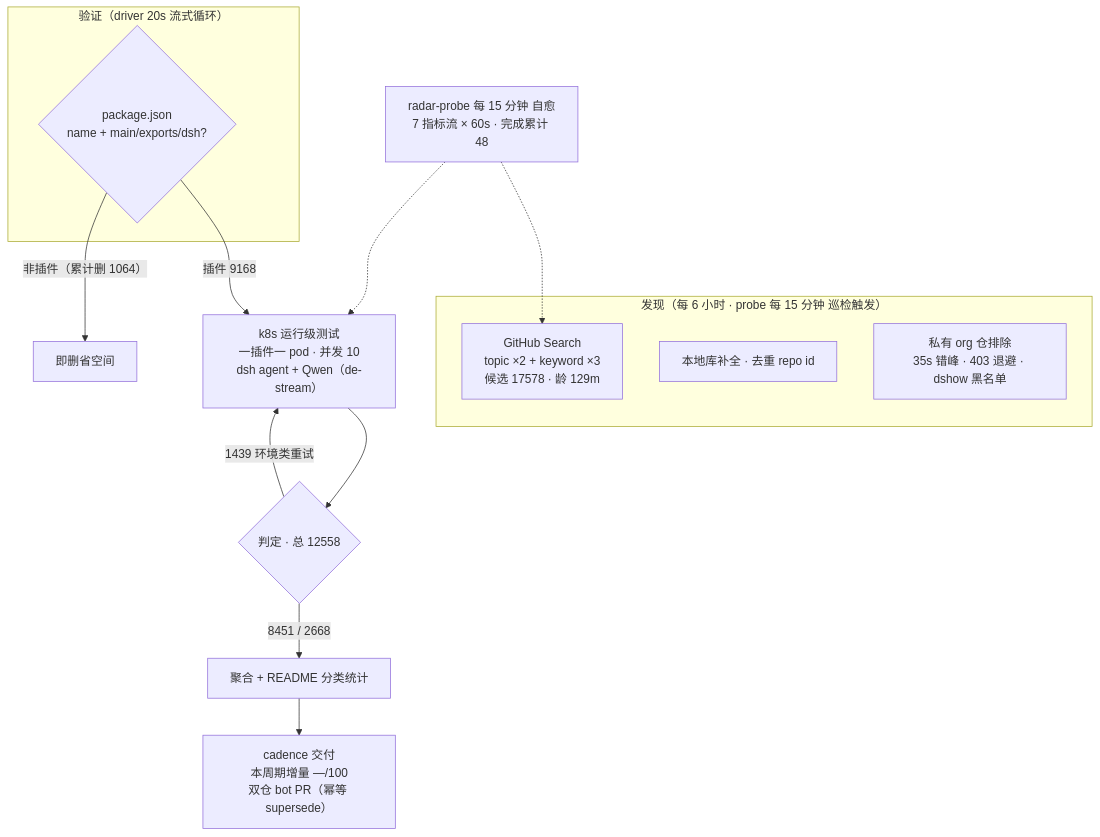
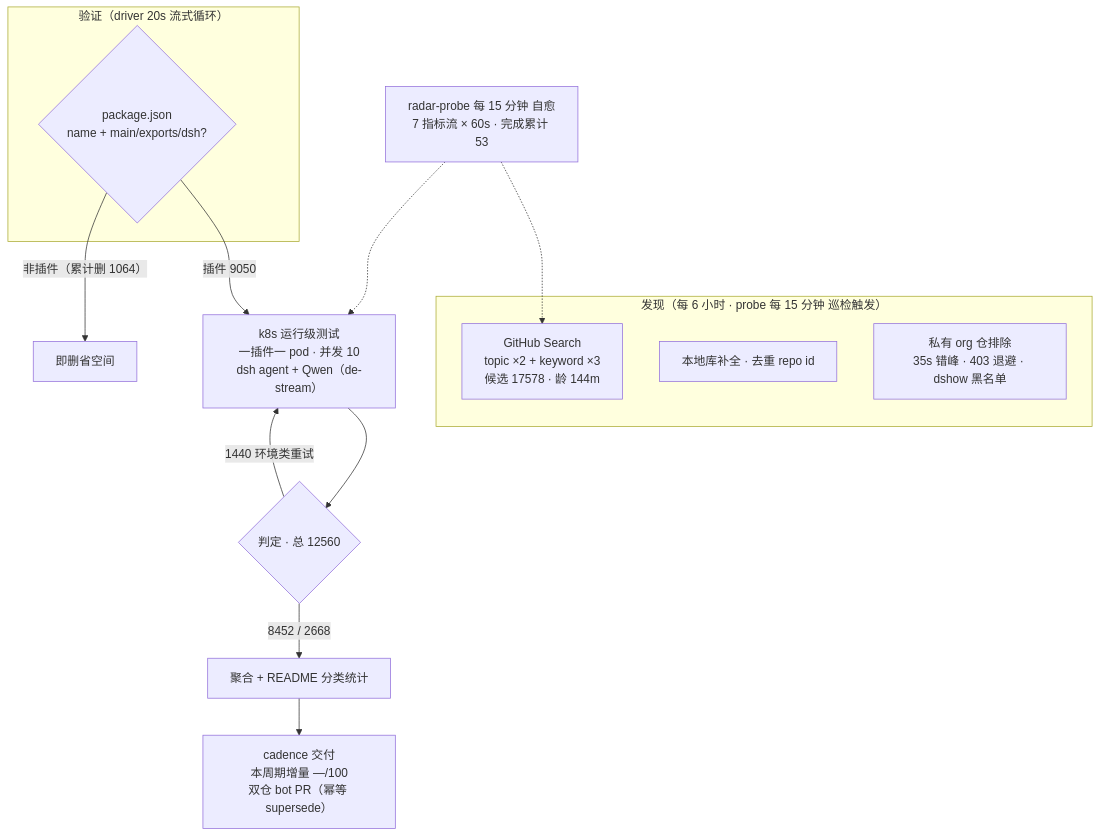
Before and after one commit to Zhidao-Lab-OSS/awesome-dsh-plugins: the diagram in README.md, drawn with Mermaid. The commit also changed other lines of this file and 1 other file, not shown here.

````diff
--- a/README.md
+++ b/README.md
@@ -52,20 +52,20 @@
 ```mermaid
 flowchart TB
     subgraph Discovery["发现（每 6 小时 · probe 每 15 分钟 巡检触发）"]
-        A1["GitHub Search<br/>topic ×2 + keyword ×3<br/>候选 17578 · 龄 129m"]
+        A1["GitHub Search<br/>topic ×2 + keyword ×3<br/>候选 17578 · 龄 144m"]
         A2["本地库补全 · 去重 repo id"]
         A3["私有 org 仓排除<br/>35s 错峰 · 403 退避 · dshow 黑名单"]
     end
     subgraph Validation["验证（driver 20s 流式循环）"]
         B1{"package.json<br/>name + main/exports/dsh?"}
     end
-    B1 -->|"插件 9168"| C1["k8s 运行级测试<br/>一插件一 pod · 并发 10<br/>dsh agent + Qwen（de-stream）"]
+    B1 -->|"插件 9050"| C1["k8s 运行级测试<br/>一插件一 pod · 并发 10<br/>dsh agent + Qwen（de-stream）"]
     B1 -->|"非插件（累计删 1064）"| B3["即删省空间"]
-    C1 --> D1{"判定 · 总 12558"}
-    D1 -->|"8451 / 2668"| E1["聚合 + README 分类统计"]
-    D1 -->|"1439 环境类重试"| C1
+    C1 --> D1{"判定 · 总 12560"}
+    D1 -->|"8452 / 2668"| E1["聚合 + README 分类统计"]
+    D1 -->|"1440 环境类重试"| C1
     E1 --> E2["cadence 交付<br/>本周期增量 —/100<br/>双仓 bot PR（幂等 supersede）"]
-    M["radar-probe 每 15 分钟 自愈<br/>7 指标流 × 60s · 完成累计 48"]
+    M["radar-probe 每 15 分钟 自愈<br/>7 指标流 × 60s · 完成累计 53"]
     M -.-> A1
     M -.-> C1
 ```
````
